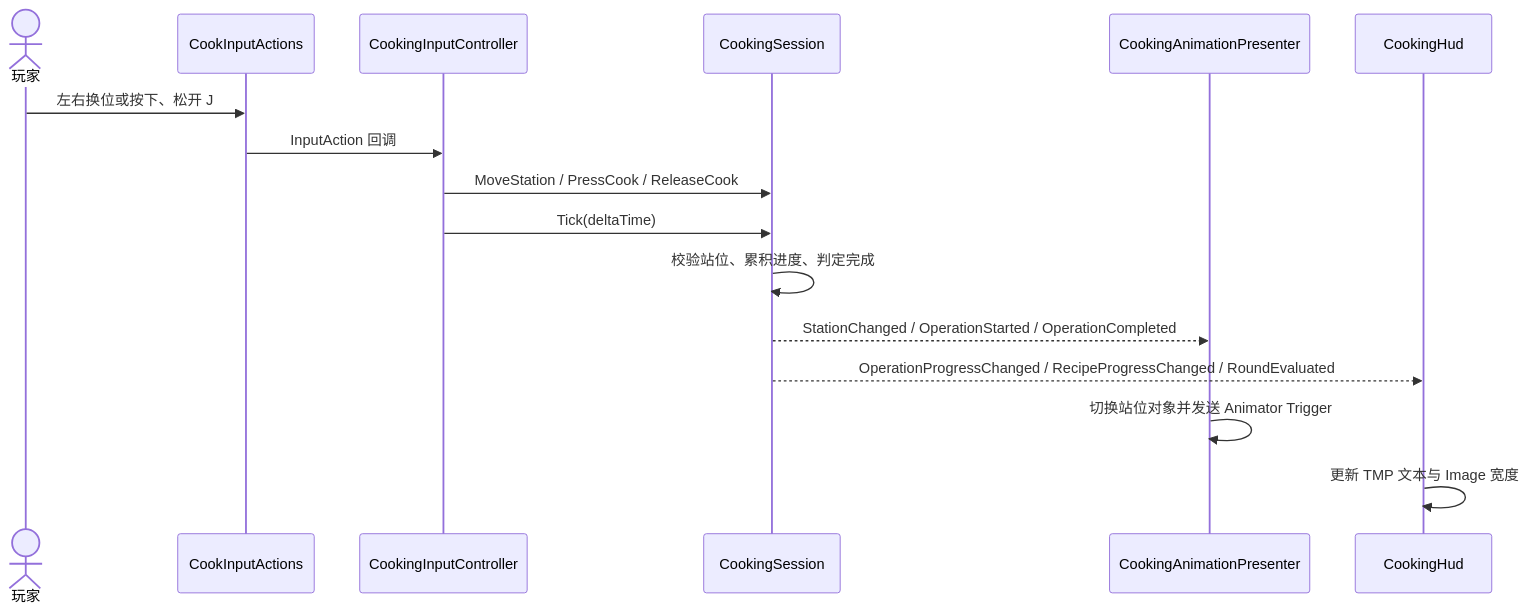
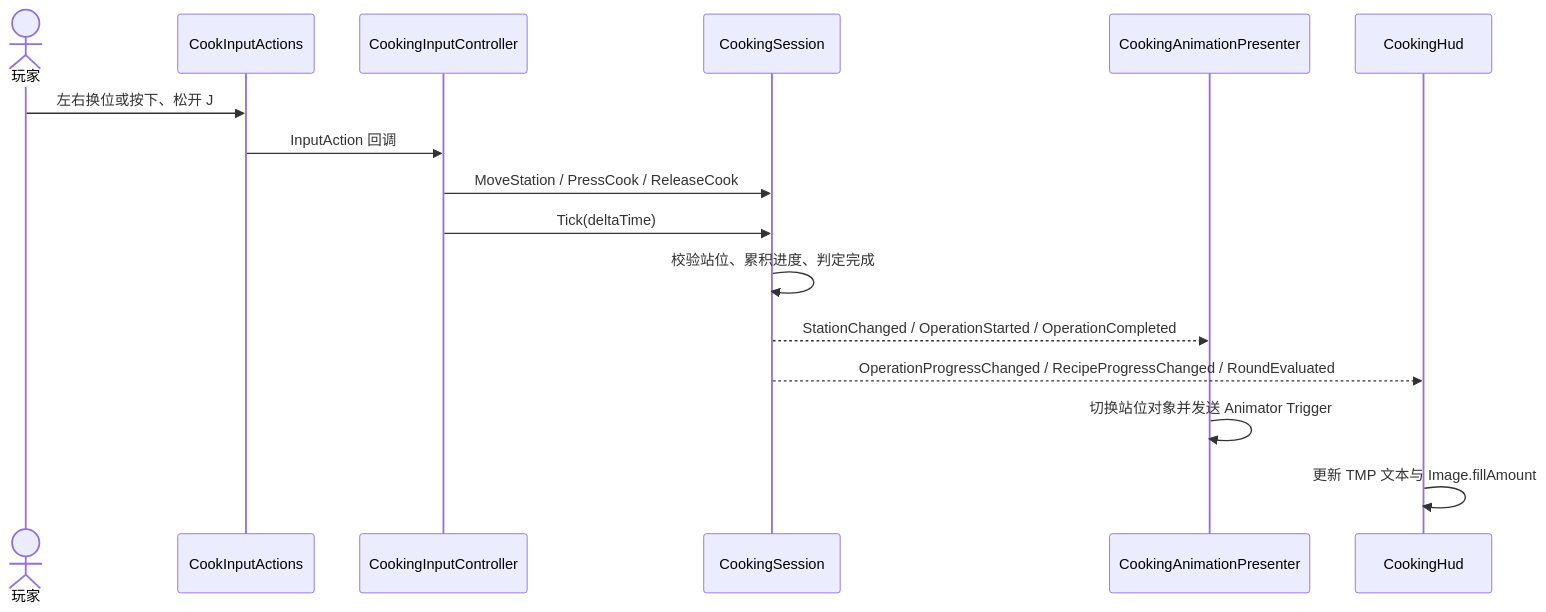
One commit to yellowlix/Cook changed the third of 4 diagrams in docs/架构图.md. Above: the diagram before and after it, drawn with Mermaid. The commit also changed 6 other files, not shown here.

````diff
--- a/docs/架构图.md
+++ b/docs/架构图.md
@@ -94,19 +94,19 @@
 ```mermaid
 sequenceDiagram
     actor Player as 玩家
     participant Input as CookInputActions
     participant Adapter as CookingInputController
     participant Session as CookingSession
     participant Animation as CookingAnimationPresenter
     participant HUD as CookingHud
 
     Player->>Input: 左右换位或按下、松开 J
     Input->>Adapter: InputAction 回调
     Adapter->>Session: MoveStation / PressCook / ReleaseCook
     Adapter->>Session: Tick(deltaTime)
     Session->>Session: 校验站位、累积进度、判定完成
     Session-->>Animation: StationChanged / OperationStarted / OperationCompleted
     Session-->>HUD: OperationProgressChanged / RecipeProgressChanged / RoundEvaluated
     Animation->>Animation: 切换站位对象并发送 Animator Trigger
-    HUD->>HUD: 更新 TMP 文本与 Image 宽度
+    HUD->>HUD: 更新 TMP 文本与 Image.fillAmount
 ```
````
